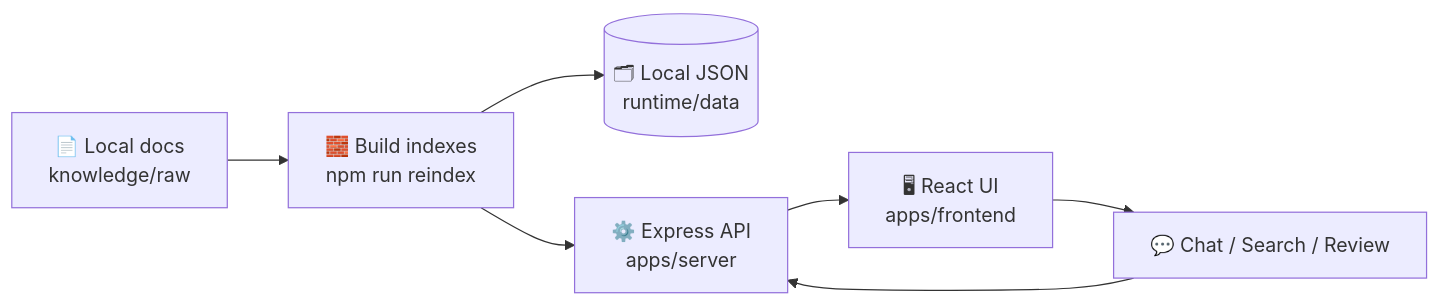
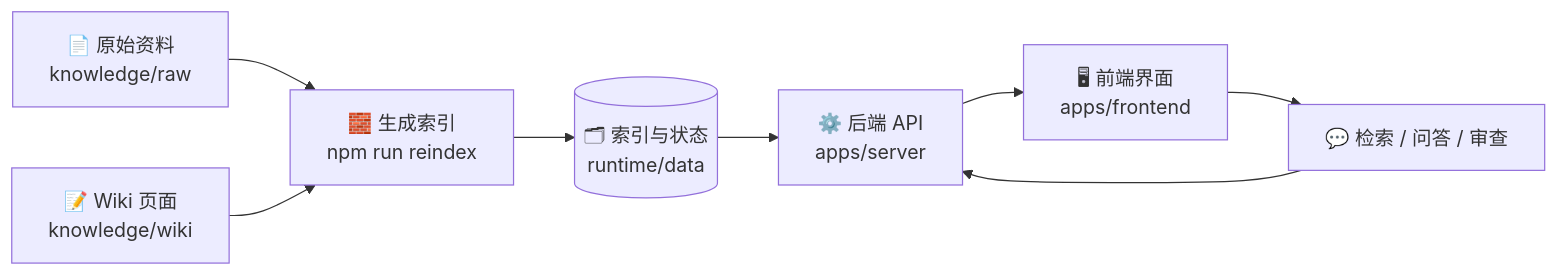
The diagram in README.md (AZz123-wq/zigbee_wiki), drawn with Mermaid before and after one commit. The commit also changed other lines of this file and 1 other file, not shown here.

````diff
--- a/README.md
+++ b/README.md
@@ -20,9 +21,10 @@
 ```mermaid
 flowchart LR
-  A[📄 Local docs<br/>knowledge/raw] --> B[🧱 Build indexes<br/>npm run reindex]
-  B --> C[(🗂 Local JSON<br/>runtime/data)]
-  B --> D[⚙️ Express API<br/>apps/server]
-  D --> E[🖥 React UI<br/>apps/frontend]
-  E --> F[💬 Chat / Search / Review]
-  F --> D
+  A[📄 原始资料<br/>knowledge/raw] --> C[🧱 生成索引<br/>npm run reindex]
+  B[📝 Wiki 页面<br/>knowledge/wiki] --> C
+  C --> D[(🗂 索引与状态<br/>runtime/data)]
+  D --> E[⚙️ 后端 API<br/>apps/server]
+  E --> F[🖥 前端界面<br/>apps/frontend]
+  F --> G[💬 检索 / 问答 / 审查]
+  G --> E
 ```
````
